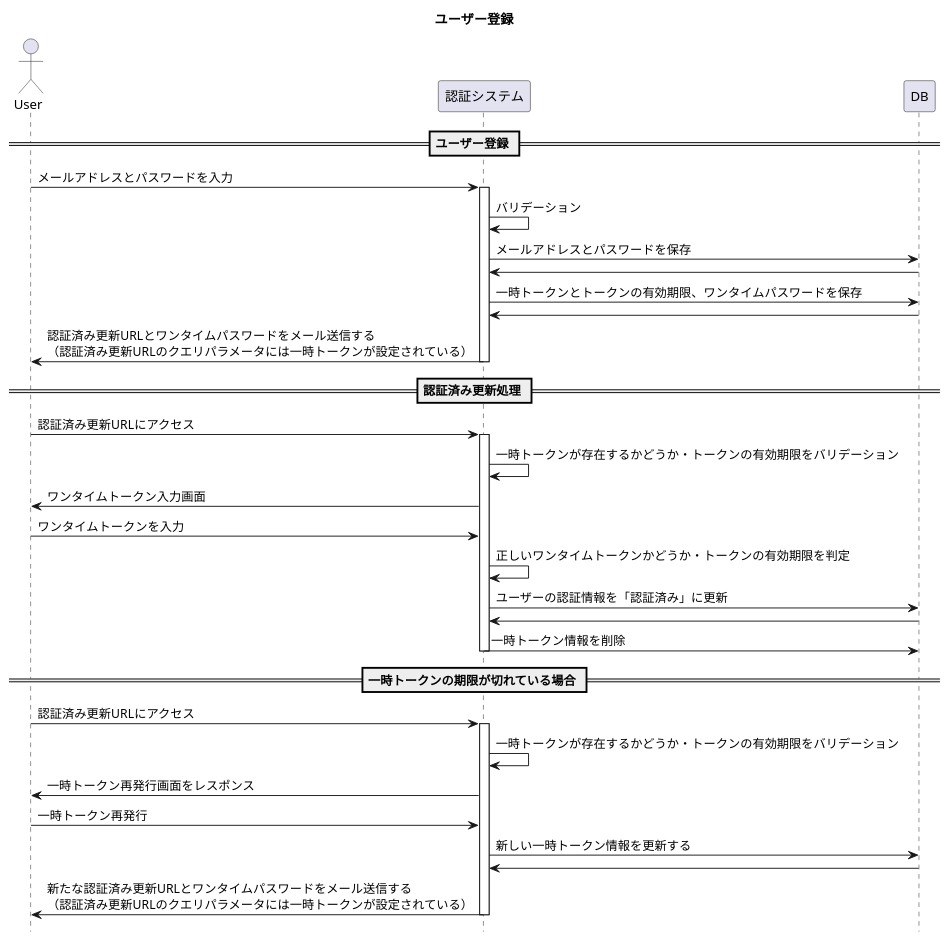
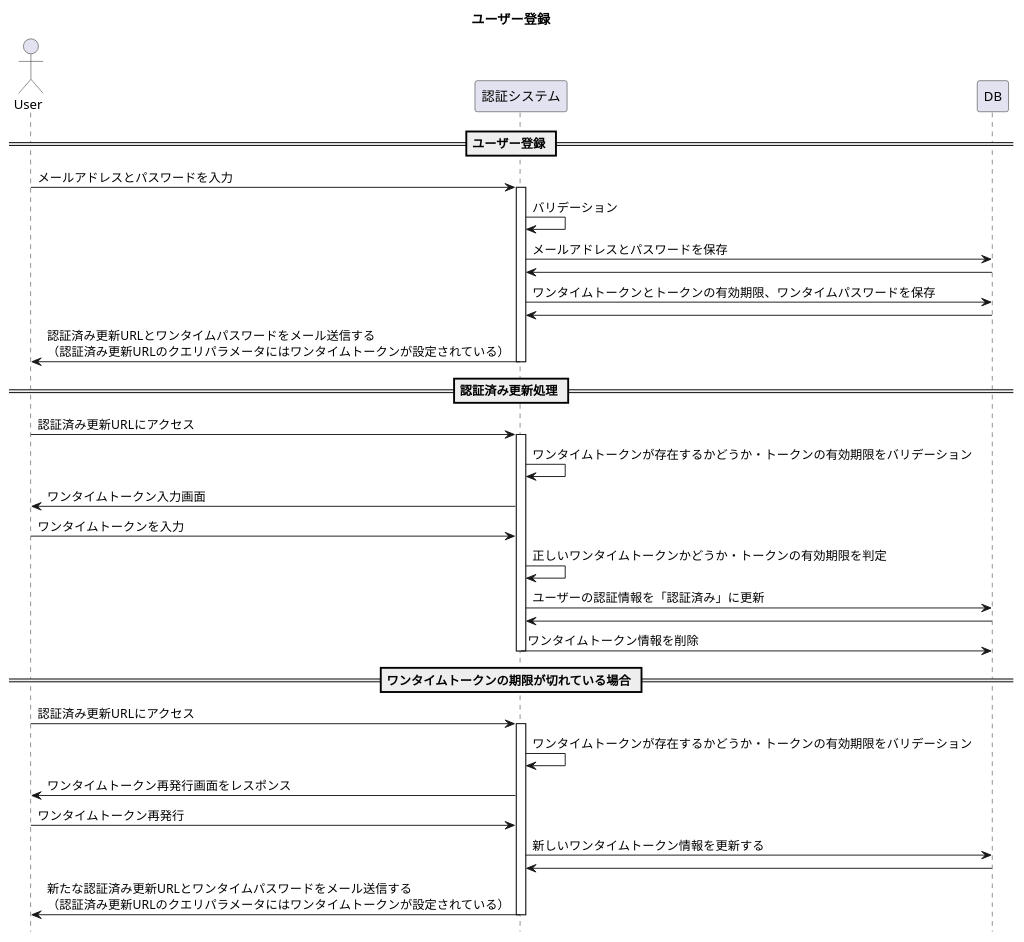
The diagram in modelingDiagram/sequenceDiagrams/userRegister.pu (h-maki2/identityAccess), drawn with PlantUML before and after one commit. The commit also changed 4 other files, not shown here.

```diff
--- a/modelingDiagram/sequenceDiagrams/userRegister.pu
+++ b/modelingDiagram/sequenceDiagrams/userRegister.pu
@@ -1,43 +1,43 @@
 @startuml userRegister
 title ユーザー登録
 hide footbox
 
 Actor User
 participant "認証システム" as authSystem
 participant DB 
 
 == ユーザー登録 ==
 User -> authSystem : メールアドレスとパスワードを入力
 activate authSystem
 authSystem -> authSystem : バリデーション
 authSystem -> DB : メールアドレスとパスワードを保存
 authSystem <- DB
-authSystem -> DB : 一時トークンとトークンの有効期限、ワンタイムパスワードを保存
+authSystem -> DB : ワンタイムトークンとトークンの有効期限、ワンタイムパスワードを保存
 authSystem <- DB
-User <- authSystem : 認証済み更新URLとワンタイムパスワードをメール送信する\n（認証済み更新URLのクエリパラメータには一時トークンが設定されている）
+User <- authSystem : 認証済み更新URLとワンタイムパスワードをメール送信する\n（認証済み更新URLのクエリパラメータにはワンタイムトークンが設定されている）
 deactivate authSystem
 
 == 認証済み更新処理 ==
 User -> authSystem : 認証済み更新URLにアクセス
 activate authSystem
-authSystem -> authSystem : 一時トークンが存在するかどうか・トークンの有効期限をバリデーション
+authSystem -> authSystem : ワンタイムトークンが存在するかどうか・トークンの有効期限をバリデーション
 User <- authSystem : ワンタイムトークン入力画面
 User -> authSystem : ワンタイムトークンを入力
 authSystem -> authSystem : 正しいワンタイムトークンかどうか・トークンの有効期限を判定
 authSystem -> DB : ユーザーの認証情報を「認証済み」に更新
 authSystem <- DB
-authSystem -> DB : 一時トークン情報を削除
+authSystem -> DB : ワンタイムトークン情報を削除
 deactivate authSystem
 
-== 一時トークンの期限が切れている場合 ==
+== ワンタイムトークンの期限が切れている場合 ==
 User -> authSystem : 認証済み更新URLにアクセス
 activate authSystem
-authSystem -> authSystem : 一時トークンが存在するかどうか・トークンの有効期限をバリデーション
-User <- authSystem : 一時トークン再発行画面をレスポンス
-User -> authSystem : 一時トークン再発行
-authSystem -> DB : 新しい一時トークン情報を更新する
+authSystem -> authSystem : ワンタイムトークンが存在するかどうか・トークンの有効期限をバリデーション
+User <- authSystem : ワンタイムトークン再発行画面をレスポンス
+User -> authSystem : ワンタイムトークン再発行
+authSystem -> DB : 新しいワンタイムトークン情報を更新する
 authSystem <- DB
-User <- authSystem : 新たな認証済み更新URLとワンタイムパスワードをメール送信する\n（認証済み更新URLのクエリパラメータには一時トークンが設定されている）
+User <- authSystem : 新たな認証済み更新URLとワンタイムパスワードをメール送信する\n（認証済み更新URLのクエリパラメータにはワンタイムトークンが設定されている）
 deactivate authSystem
 
 @enduml
```
